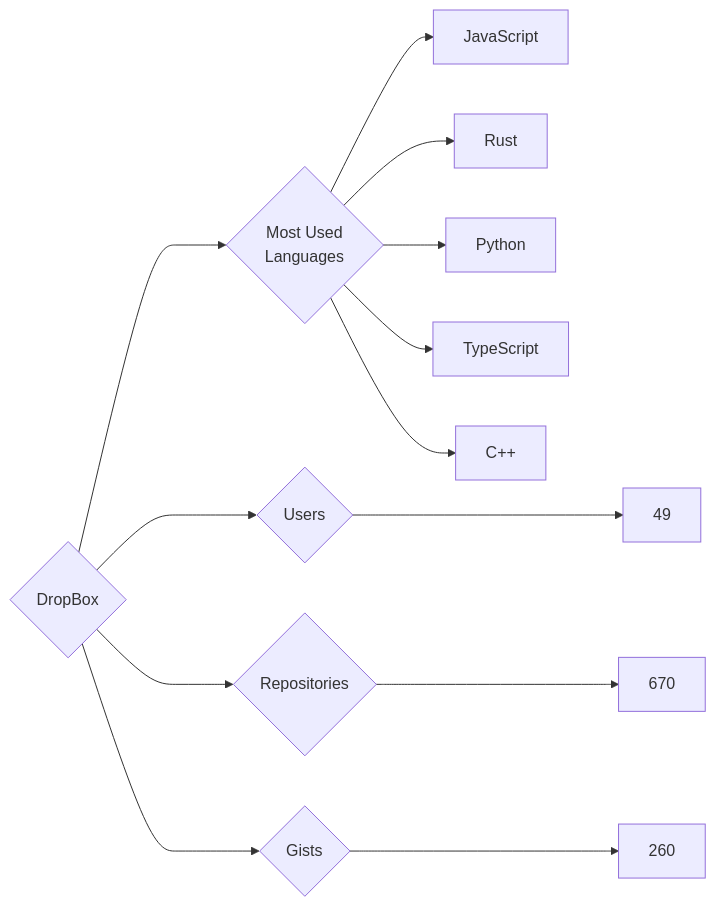
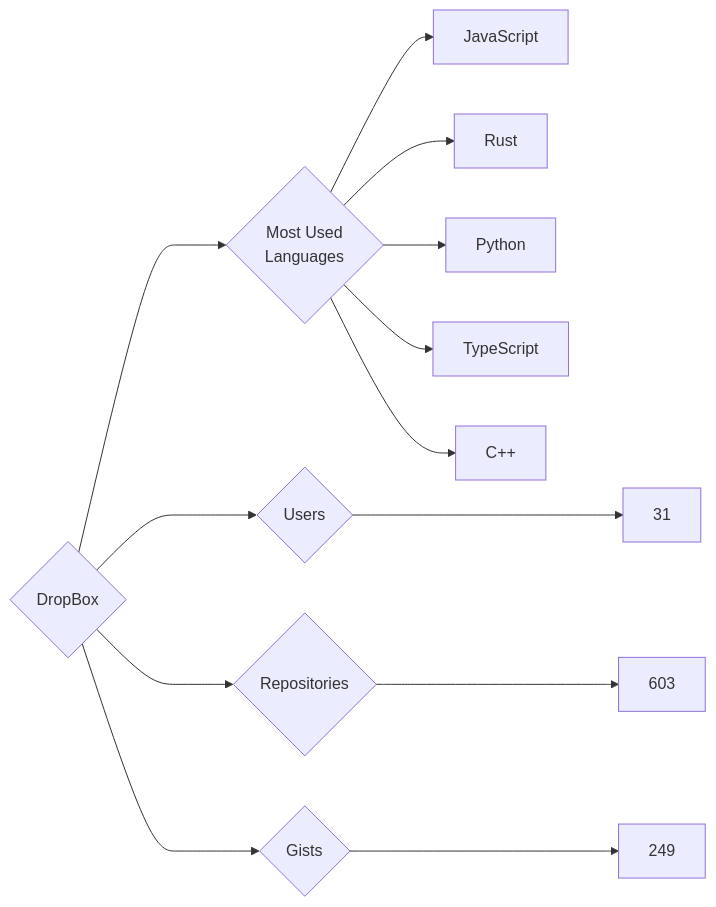
Before and after one commit to trickest/insiders: the diagram in targets/DropBox/README.md, drawn with Mermaid. The commit also changed 633 other files, not shown here.

````diff
--- a/targets/DropBox/README.md
+++ b/targets/DropBox/README.md
@@ -3,13 +3,13 @@
 ```mermaid
 graph LR
 COMPANY_NAME{DropBox}
-COMPANY_NAME ---> U{Users} ---> UN[49]
-COMPANY_NAME ---> R{Repositories} ---> RN[670]
-COMPANY_NAME ---> G{Gists} ---> GN[260]
+COMPANY_NAME ---> U{Users} ---> UN[31]
+COMPANY_NAME ---> R{Repositories} ---> RN[603]
+COMPANY_NAME ---> G{Gists} ---> GN[249]
 COMPANY_NAME ---> ML{Most Used<br>Languages}
 ML --> JavaScript[JavaScript]
 ML --> Rust[Rust]
 ML --> Python[Python]
 ML --> TypeScript[TypeScript]
 ML --> C++[C++]
 ```
````
